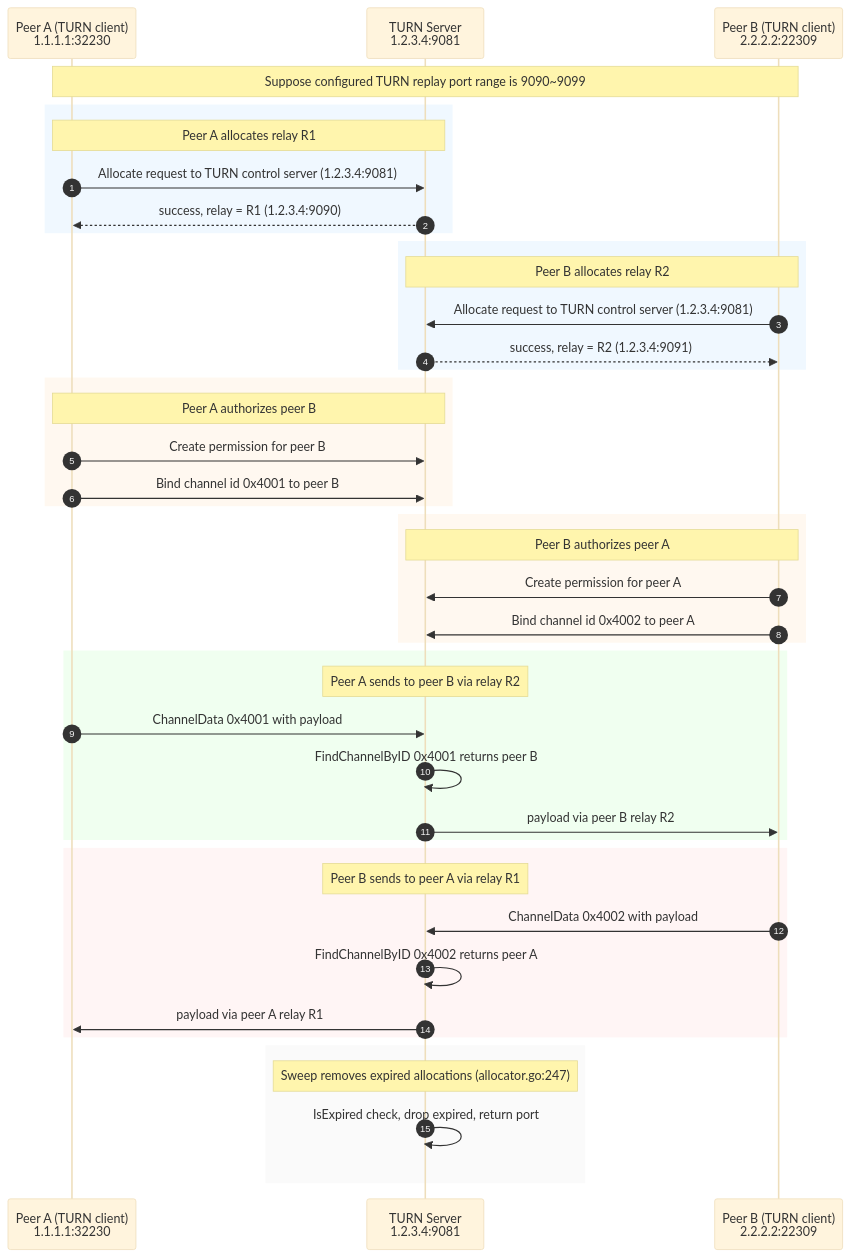
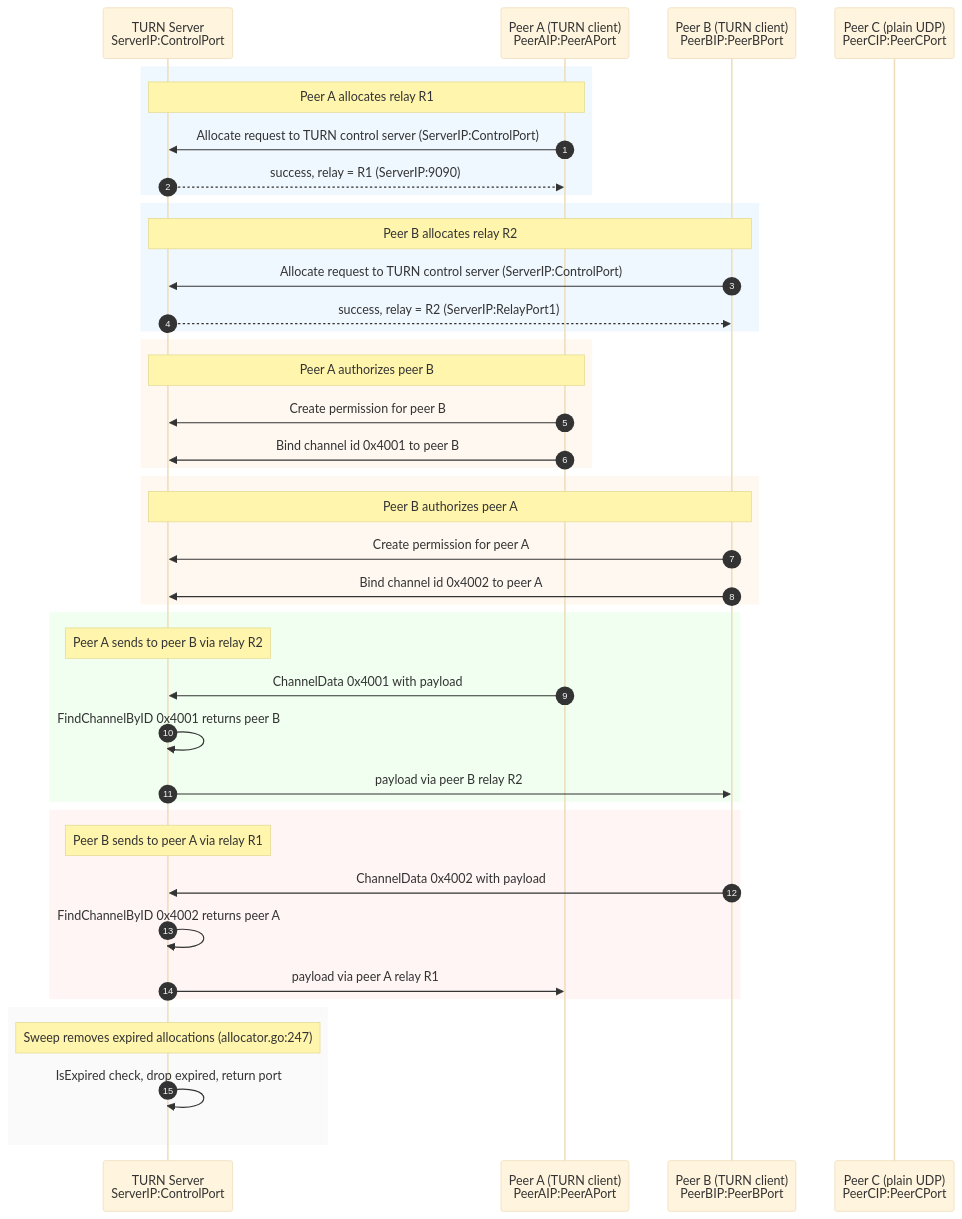
Before and after one commit to techunder/posts: the third of 4 diagrams in content/docs/10-rtc-intro/03-webrtc.md, drawn with Mermaid (base theme). The commit also changed other lines of this file, not shown here.

````diff
--- a/content/docs/10-rtc-intro/03-webrtc.md
+++ b/content/docs/10-rtc-intro/03-webrtc.md
@@ -393,52 +351,51 @@
 ```mermaid
 sequenceDiagram
     autonumber
-    participant A as Peer A (TURN client)<br/>1.1.1.1:32230
-    participant T as TURN Server<br/>1.2.3.4:9081
-    participant B as Peer B (TURN client)<br/>2.2.2.2:22309
-
-    Note over A,B: Suppose configured TURN replay port range is 9090~9099
+    participant T as TURN Server<br/>ServerIP:ControlPort
+    participant A as Peer A (TURN client)<br/>PeerAIP:PeerAPort
+    participant B as Peer B (TURN client)<br/>PeerBIP:PeerBPort
+    participant C as Peer C (plain UDP)<br/>PeerCIP:PeerCPort
 
     rect rgb(240, 248, 255)
     Note over A,T: Peer A allocates relay R1
-    A->>T: Allocate request to TURN control server (1.2.3.4:9081)
-    T-->>A: success, relay = R1 (1.2.3.4:9090)
+    A->>T: Allocate request to TURN control server (ServerIP:ControlPort)
+    T-->>A: success, relay = R1 (ServerIP:9090)
     end
 
     rect rgb(240, 248, 255)
     Note over B,T: Peer B allocates relay R2
-    B->>T: Allocate request to TURN control server (1.2.3.4:9081)
-    T-->>B: success, relay = R2 (1.2.3.4:9091)
+    B->>T: Allocate request to TURN control server (ServerIP:ControlPort)
+    T-->>B: success, relay = R2 (ServerIP:RelayPort1)
     end
 
     rect rgb(255, 248, 240)
     Note over A,T: Peer A authorizes peer B
     A->>T: Create permission for peer B
     A->>T: Bind channel id 0x4001 to peer B
     end
 
     rect rgb(255, 248, 240)
     Note over B,T: Peer B authorizes peer A
     B->>T: Create permission for peer A
     B->>T: Bind channel id 0x4002 to peer A
     end
 
     rect rgb(240, 255, 240)
     Note over T: Peer A sends to peer B via relay R2
     A->>T: ChannelData 0x4001 with payload
     T->>T: FindChannelByID 0x4001 returns peer B
     T->>B: payload via peer B relay R2
     end
 
     rect rgb(255, 245, 245)
     Note over T: Peer B sends to peer A via relay R1
     B->>T: ChannelData 0x4002 with payload
     T->>T: FindChannelByID 0x4002 returns peer A
     T->>A: payload via peer A relay R1
     end
 
     rect rgb(250, 250, 250)
     Note over T: Sweep removes expired allocations (allocator.go:247)
     T->>T: IsExpired check, drop expired, return port
     end
 ```
````
